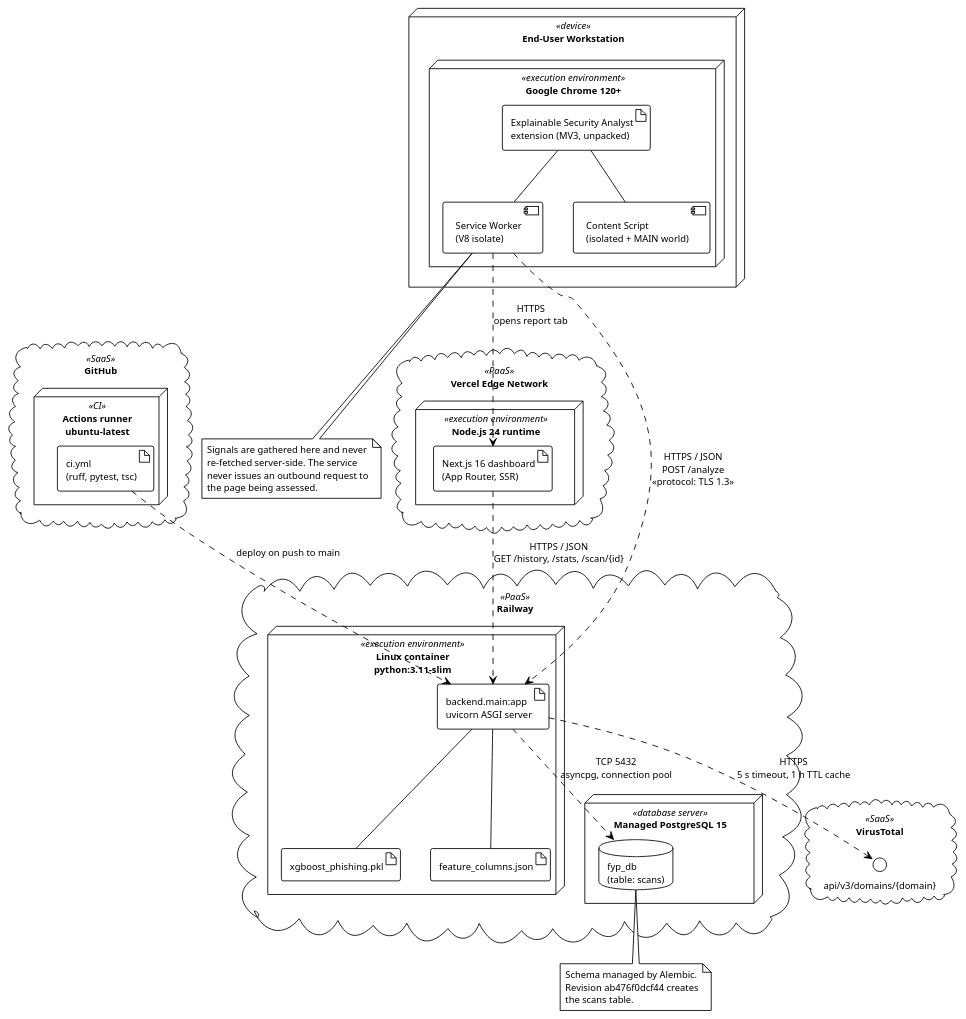
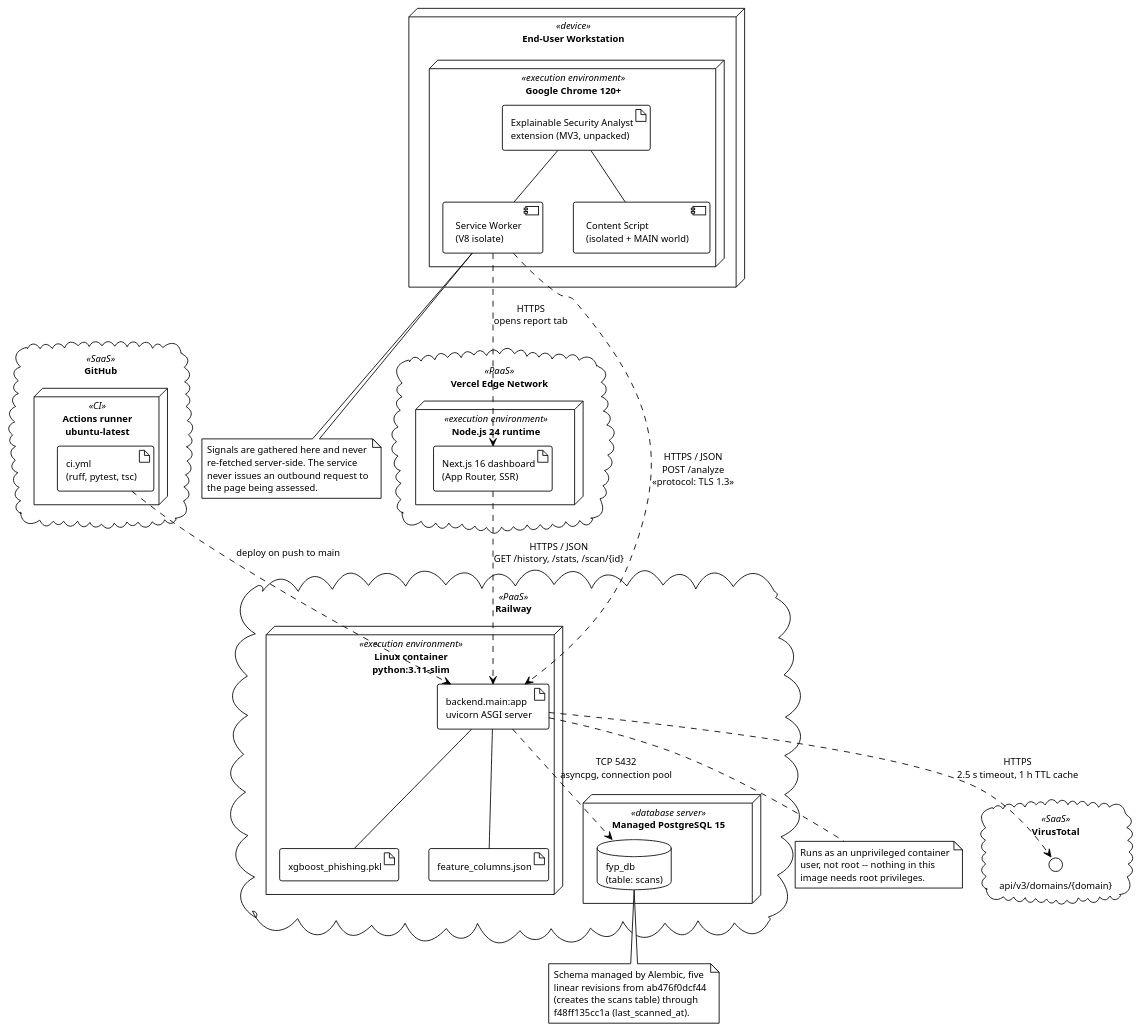
Before and after one commit to Trust-Dr-BABA/Final-Year-Project: the diagram in docs/thesis/diagrams/fig-4-1-deployment.puml, drawn with PlantUML. The commit also changed 40 other files, not shown here.

```diff
--- a/docs/thesis/diagrams/fig-4-1-deployment.puml
+++ b/docs/thesis/diagrams/fig-4-1-deployment.puml
@@ -1,66 +1,73 @@
 @startuml fig-4-1-deployment
 ' Figure 4.1 — Deployment diagram
 !theme plain
 skinparam shadowing false
 skinparam defaultFontName "Segoe UI"
 skinparam defaultFontSize 11
 
 node "End-User Workstation" <<device>> {
   node "Google Chrome 120+" <<execution environment>> {
     artifact "Explainable Security Analyst\nextension (MV3, unpacked)" as EXT
     component "Service Worker\n(V8 isolate)" as SWK
     component "Content Script\n(isolated + MAIN world)" as CS
     EXT -- SWK
     EXT -- CS
   }
 }
 
 cloud "Vercel Edge Network" <<PaaS>> {
   node "Node.js 24 runtime" <<execution environment>> {
     artifact "Next.js 16 dashboard\n(App Router, SSR)" as DASH
   }
 }
 
 cloud "Railway" <<PaaS>> {
   node "Linux container\npython:3.11-slim" <<execution environment>> {
     artifact "backend.main:app\nuvicorn ASGI server" as API
     artifact "xgboost_phishing.pkl" as PKL
     artifact "feature_columns.json" as FCOL
     API -- PKL
     API -- FCOL
   }
   node "Managed PostgreSQL 15" <<database server>> {
     database "fyp_db\n(table: scans)" as PG
   }
 }
 
 cloud "VirusTotal" <<SaaS>> {
   interface "api/v3/domains/{domain}" as VTAPI
 }
 
 cloud "GitHub" <<SaaS>> {
   node "Actions runner\nubuntu-latest" <<CI>> {
     artifact "ci.yml\n(ruff, pytest, tsc)" as CI
   }
 }
 
 SWK ..> API : HTTPS / JSON\nPOST /analyze\n«protocol: TLS 1.3»
 SWK ..> DASH : HTTPS\nopens report tab
 DASH ..> API : HTTPS / JSON\nGET /history, /stats, /scan/{id}
 API ..> PG : TCP 5432\nasyncpg, connection pool
-API ..> VTAPI : HTTPS\n5 s timeout, 1 h TTL cache
+API ..> VTAPI : HTTPS\n2.5 s timeout, 1 h TTL cache
 CI ..> API : deploy on push to main
 
 note bottom of SWK
   Signals are gathered here and never
   re-fetched server-side. The service
   never issues an outbound request to
   the page being assessed.
 end note
 
 note bottom of PG
-  Schema managed by Alembic.
-  Revision ab476f0dcf44 creates
-  the scans table.
+  Schema managed by Alembic, five
+  linear revisions from ab476f0dcf44
+  (creates the scans table) through
+  f48ff135cc1a (last_scanned_at).
+end note
+
+note bottom of API
+  Runs as an unprivileged container
+  user, not root -- nothing in this
+  image needs root privileges.
 end note
 @enduml
```
